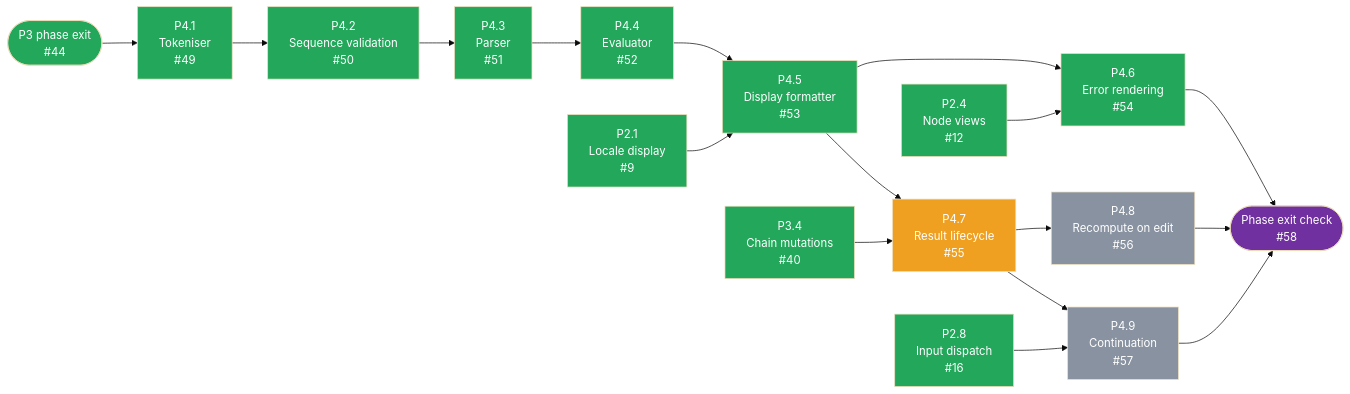
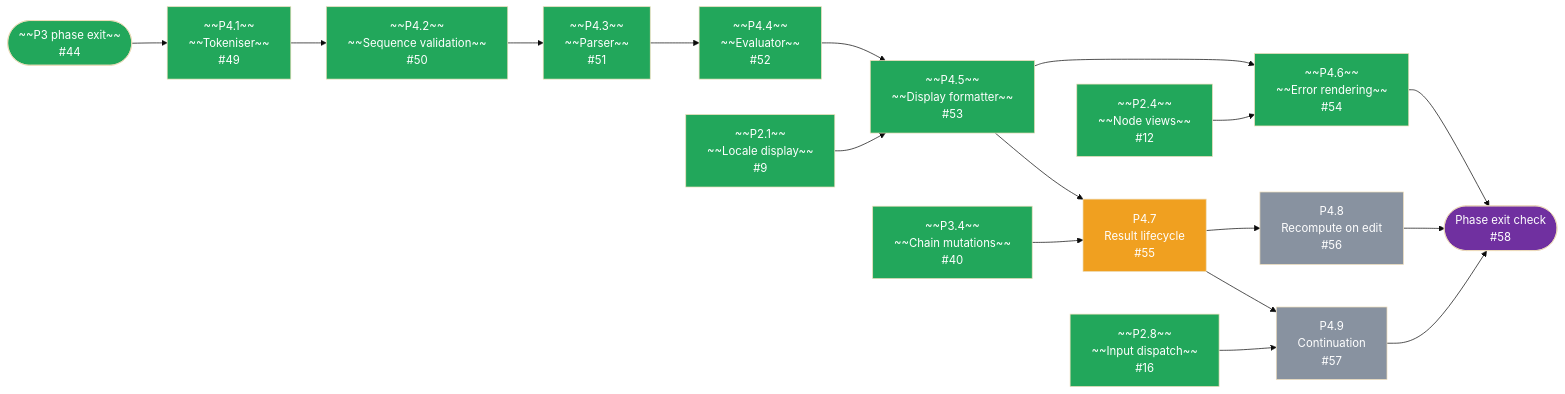
Before and after one commit to tousifosman/CalcMind: the third of 3 diagrams in docs/DEVELOPMENT_PLAN.md, drawn with Mermaid (base theme). The commit also changed other lines of this file and 3 other files, not shown here.

````diff
--- a/docs/DEVELOPMENT_PLAN.md
+++ b/docs/DEVELOPMENT_PLAN.md
@@ -499,51 +503,51 @@
 ```mermaid
 flowchart LR
-    P3EXIT(["P3 phase exit<br/>#44"])
-    P21["P2.1<br/>Locale display<br/>#9"]
-    P24["P2.4<br/>Node views<br/>#12"]
-    P28["P2.8<br/>Input dispatch<br/>#16"]
-    P34["P3.4<br/>Chain mutations<br/>#40"]
-    P41["P4.1<br/>Tokeniser<br/>#49"]
-    P42["P4.2<br/>Sequence validation<br/>#50"]
-    P43["P4.3<br/>Parser<br/>#51"]
-    P44["P4.4<br/>Evaluator<br/>#52"]
-    P45["P4.5<br/>Display formatter<br/>#53"]
-    P46["P4.6<br/>Error rendering<br/>#54"]
+    P3EXIT(["~~P3 phase exit~~<br/>#44"])
+    P21["~~P2.1~~<br/>~~Locale display~~<br/>#9"]
+    P24["~~P2.4~~<br/>~~Node views~~<br/>#12"]
+    P28["~~P2.8~~<br/>~~Input dispatch~~<br/>#16"]
+    P34["~~P3.4~~<br/>~~Chain mutations~~<br/>#40"]
+    P41["~~P4.1~~<br/>~~Tokeniser~~<br/>#49"]
+    P42["~~P4.2~~<br/>~~Sequence validation~~<br/>#50"]
+    P43["~~P4.3~~<br/>~~Parser~~<br/>#51"]
+    P44["~~P4.4~~<br/>~~Evaluator~~<br/>#52"]
+    P45["~~P4.5~~<br/>~~Display formatter~~<br/>#53"]
+    P46["~~P4.6~~<br/>~~Error rendering~~<br/>#54"]
     P47["P4.7<br/>Result lifecycle<br/>#55"]
     P48["P4.8<br/>Recompute on edit<br/>#56"]
     P49["P4.9<br/>Continuation<br/>#57"]
     EXIT(["Phase exit check<br/>#58"])
 
     P3EXIT --> P41
     P41 --> P42
     P42 --> P43
     P43 --> P44
     P44 --> P45
     P21 --> P45
     P45 --> P46
     P24 --> P46
     P45 --> P47
     P34 --> P47
     P47 --> P48
     P47 --> P49
     P28 --> P49
     P46 --> EXIT
     P48 --> EXIT
     P49 --> EXIT
 
     style P3EXIT fill:#22A75B,color:#fff
     style P21 fill:#22A75B,color:#fff
     style P24 fill:#22A75B,color:#fff
     style P28 fill:#22A75B,color:#fff
     style P34 fill:#22A75B,color:#fff
     style P41 fill:#22A75B,color:#fff
     style P42 fill:#22A75B,color:#fff
     style P43 fill:#22A75B,color:#fff
     style P44 fill:#22A75B,color:#fff
     style P45 fill:#22A75B,color:#fff
     style P46 fill:#22A75B,color:#fff
     style P47 fill:#F0A020,color:#fff
     style P48 fill:#8892A0,color:#fff
     style P49 fill:#8892A0,color:#fff
     style EXIT fill:#7030A0,color:#fff
 ```
````
